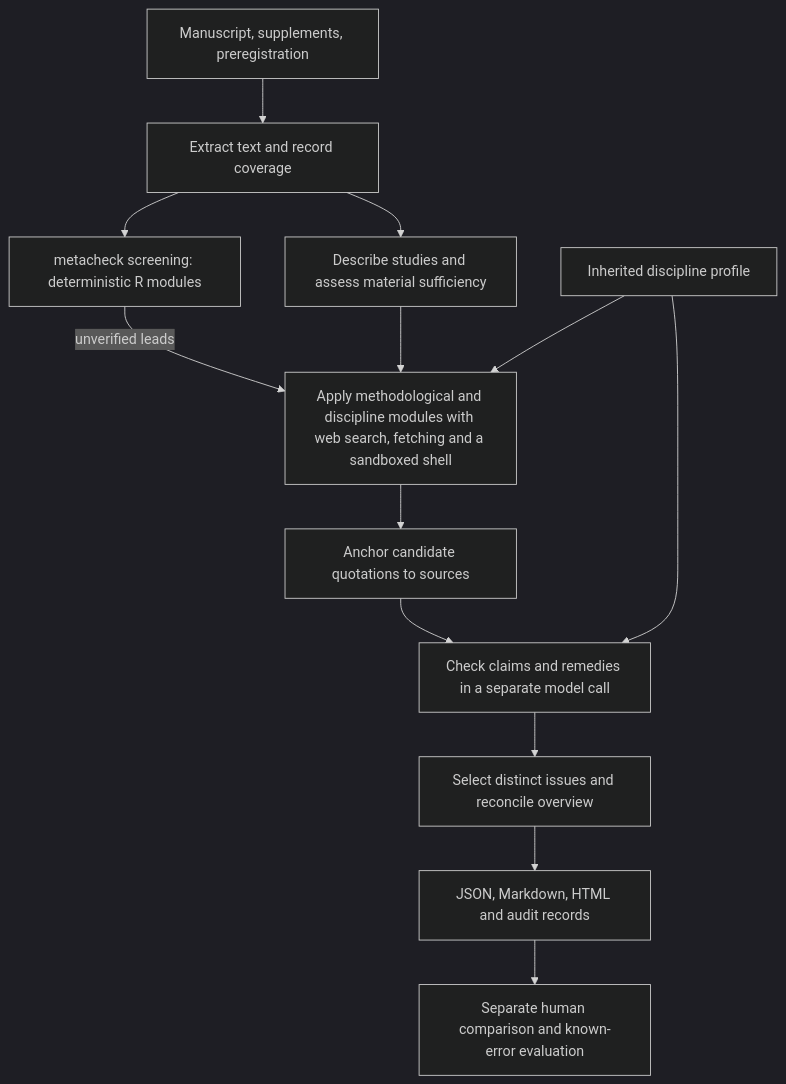
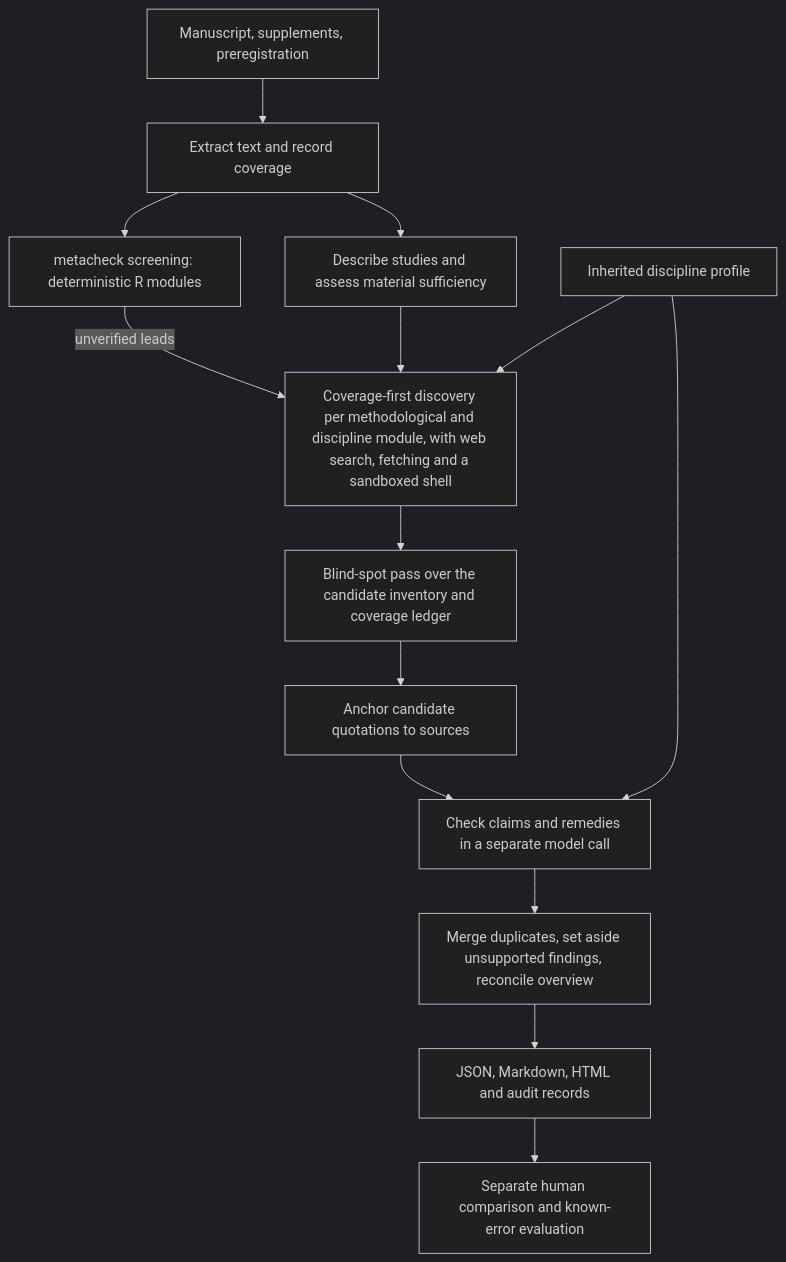
One commit to LukasWallrich/reviscope changed the diagram in docs/ARCHITECTURE.md. Above: the diagram before and after it, drawn with Mermaid (dark theme). The commit also changed other lines of this file and 8 other files, not shown here.

````diff
--- a/docs/ARCHITECTURE.md
+++ b/docs/ARCHITECTURE.md
@@ -27,15 +27,16 @@
 ```mermaid
 flowchart TD
     Input[Manuscript, supplements, preregistration] --> Extract[Extract text and record coverage]
     Extract --> Map[Describe studies and assess material sufficiency]
     Extract --> Metacheck[metacheck screening: deterministic R modules]
     Metacheck -->|unverified leads| Modules
-    Map --> Modules[Apply methodological and discipline modules with web search, fetching and a sandboxed shell]
+    Map --> Modules[Coverage-first discovery per methodological and discipline module, with web search, fetching and a sandboxed shell]
     Profile[Inherited discipline profile] --> Modules
-    Modules --> Anchor[Anchor candidate quotations to sources]
+    Modules --> Blind[Blind-spot pass over the candidate inventory and coverage ledger]
+    Blind --> Anchor[Anchor candidate quotations to sources]
     Anchor --> Verify[Check claims and remedies in a separate model call]
     Profile --> Verify
-    Verify --> Editorial[Select distinct issues and reconcile overview]
+    Verify --> Editorial[Merge duplicates, set aside unsupported findings, reconcile overview]
     Editorial --> Report[JSON, Markdown, HTML and audit records]
     Report --> Eval[Separate human comparison and known-error evaluation]
 ```
````
